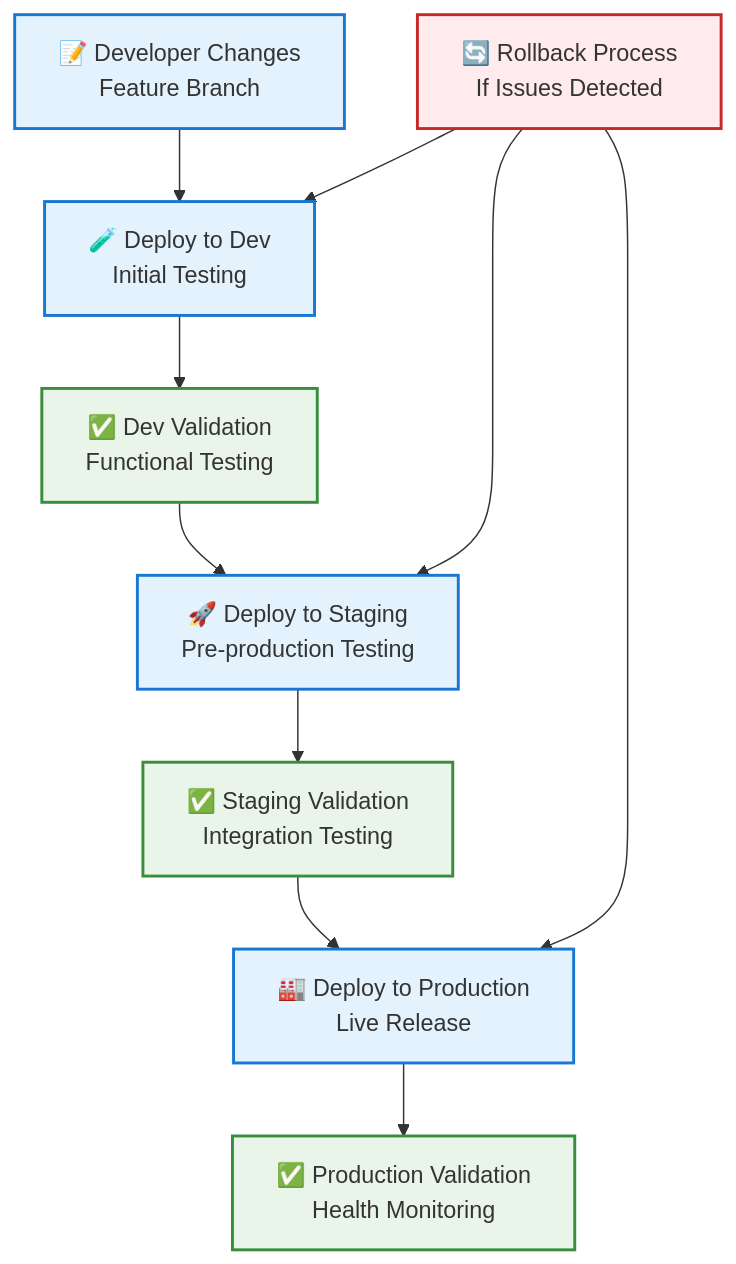
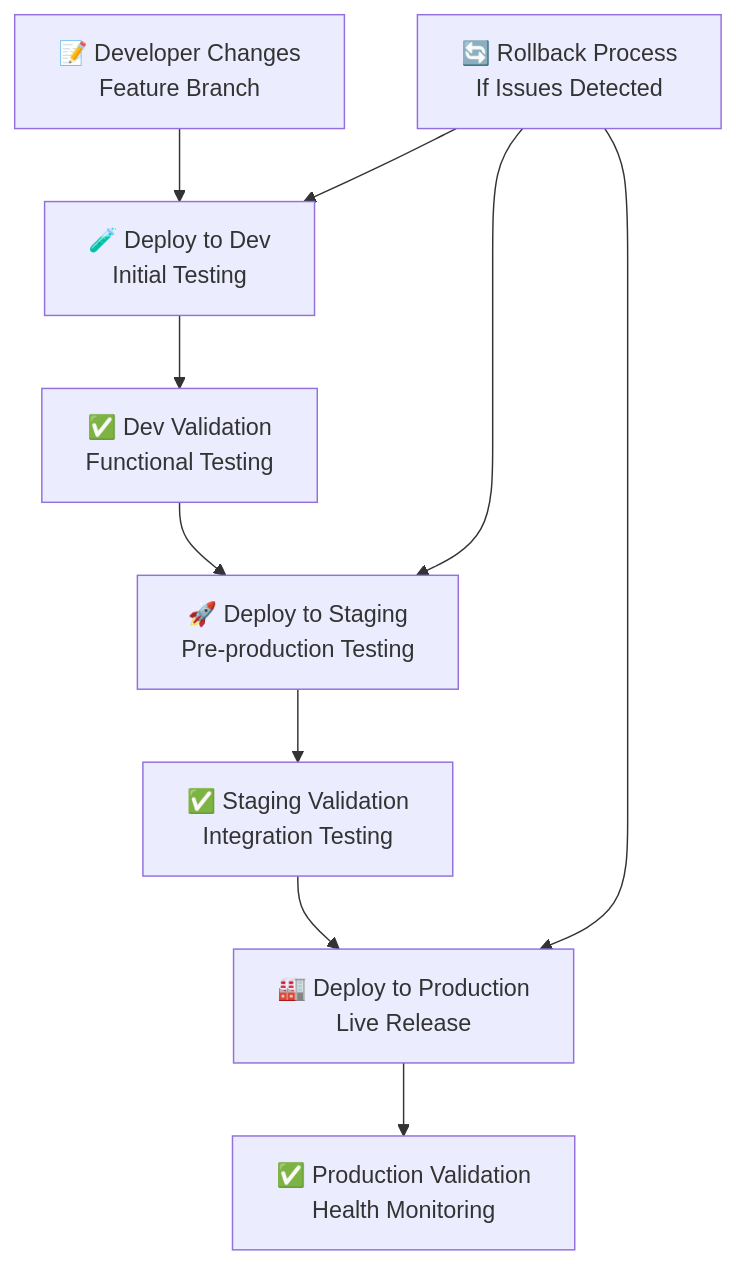
Before and after one commit to Celtikill/static-site: the third of 6 diagrams in docs/deployment.md, drawn with Mermaid. The commit also changed other lines of this file and 5 other files, not shown here.

````diff
--- a/docs/deployment.md
+++ b/docs/deployment.md
@@ -159,21 +147,15 @@
 ```mermaid
 graph TD
     A["📝 Developer Changes<br/>Feature Branch"] --> B["🧪 Deploy to Dev<br/>Initial Testing"]
     B --> C["✅ Dev Validation<br/>Functional Testing"]
     C --> D["🚀 Deploy to Staging<br/>Pre-production Testing"]
     D --> E["✅ Staging Validation<br/>Integration Testing"]
     E --> F["🏭 Deploy to Production<br/>Live Release"]
     F --> G["✅ Production Validation<br/>Health Monitoring"]
 
     H["🔄 Rollback Process<br/>If Issues Detected"] --> B
     H --> D
     H --> F
 
-    classDef deployStyle fill:#e3f2fd,stroke:#1976d2,stroke-width:2px
-    classDef validateStyle fill:#e8f5e8,stroke:#388e3c,stroke-width:2px
-    classDef rollbackStyle fill:#ffebee,stroke:#c62828,stroke-width:2px
 
-    class A,B,D,F deployStyle
-    class C,E,G validateStyle
-    class H rollbackStyle
 ```
````
